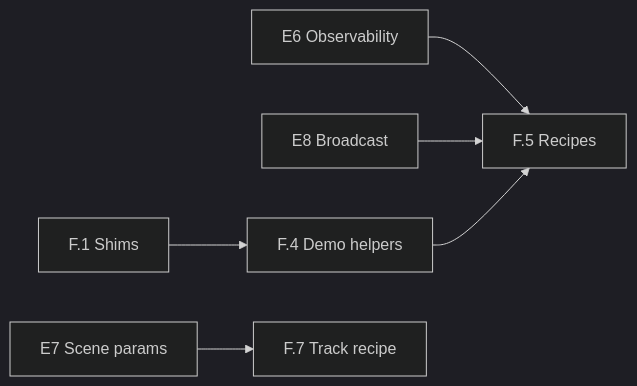
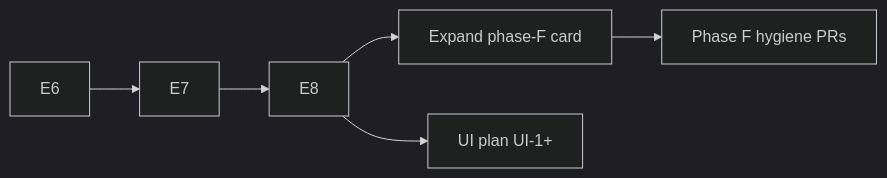
Before and after one commit to alx87grd/minilink: the diagram in docs/plans/mpc-rh-refactor/phase-F-cleanup.md, drawn with Mermaid (dark theme). The commit also changed other lines of this file and 4 other files, not shown here.

First line of the commit message:
docs(planning): land UI simplification plan and correct Phase F stub

````diff
--- a/docs/plans/mpc-rh-refactor/phase-F-cleanup.md
+++ b/docs/plans/mpc-rh-refactor/phase-F-cleanup.md
@@ -255,14 +62,14 @@
 ```mermaid
 flowchart LR
-  E6[E6 Observability]
-  E7[E7 Scene params]
-  E8[E8 Broadcast]
-  F1[F.1 Shims]
-  F4[F.4 Demo helpers]
-  F5[F.5 Recipes]
-  E6 --> F5
-  E7 --> F7[F.7 Track recipe]
-  E8 --> F5
-  F1 --> F4
-  F4 --> F5
+  E6[E6]
+  E7[E7]
+  E8[E8]
+  Fexpand[Expand phase-F card]
+  Fwork[Phase F hygiene PRs]
+  UI[UI plan UI-1+]
+
+  E6 --> E7 --> E8
+  E8 --> Fexpand
+  Fexpand --> Fwork
+  E8 --> UI
 ```
````
